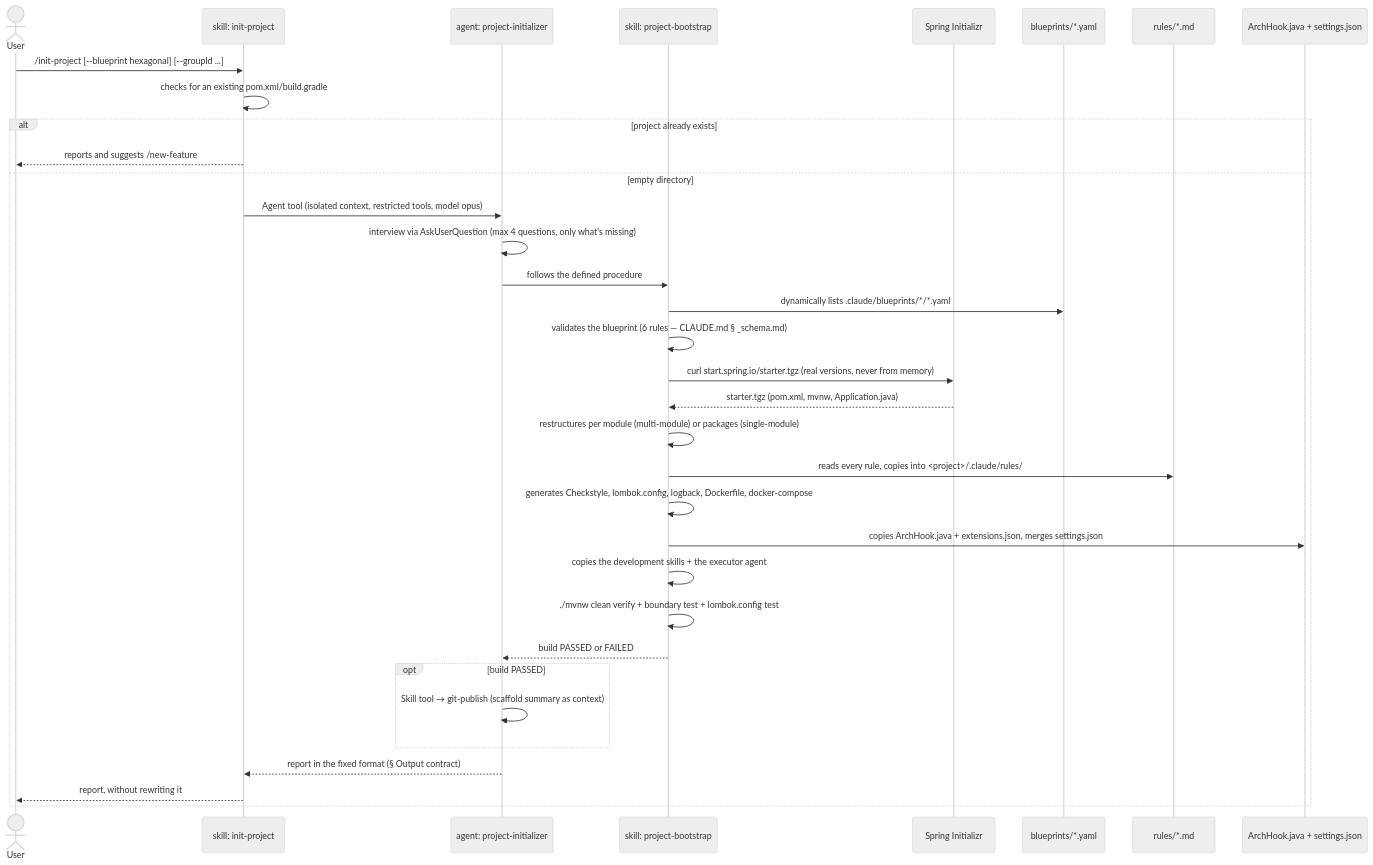
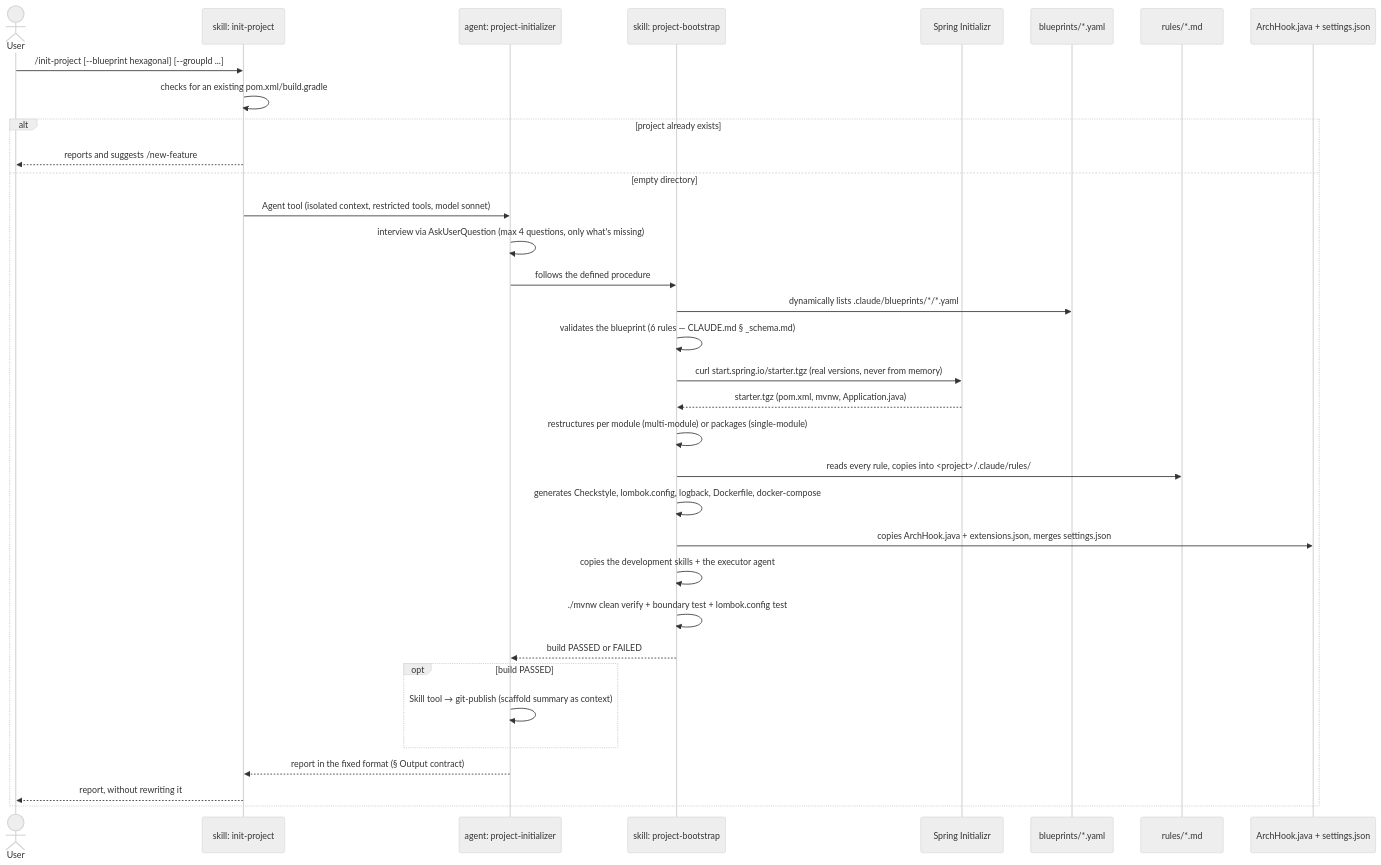
One commit to ice-lfernandes/claude-spring-architect changed the diagram in docs/en/02-init-project.md. Above: the diagram before and after it, drawn with Mermaid (neutral theme). The commit also changed other lines of this file and 118 other files, not shown here.

````diff
--- a/docs/en/02-init-project.md
+++ b/docs/en/02-init-project.md
@@ -33,37 +33,37 @@
 ```mermaid
 sequenceDiagram
     actor U as User
     participant CMD as skill: init-project
     participant AG as agent: project-initializer
     participant BOOT as skill: project-bootstrap
     participant INIT as Spring Initializr
     participant BP as blueprints/*.yaml
     participant RULES as rules/*.md
     participant HOOK as ArchHook.java + settings.json
 
     U->>CMD: /init-project [--blueprint hexagonal] [--groupId ...]
     CMD->>CMD: checks for an existing pom.xml/build.gradle
     alt project already exists
         CMD-->>U: reports and suggests /new-feature
     else empty directory
-        CMD->>AG: Agent tool (isolated context, restricted tools, model opus)
+        CMD->>AG: Agent tool (isolated context, restricted tools, model sonnet)
         AG->>AG: interview via AskUserQuestion (max 4 questions, only what's missing)
         AG->>BOOT: follows the defined procedure
         BOOT->>BP: dynamically lists .claude/blueprints/*/*.yaml
         BOOT->>BOOT: validates the blueprint (6 rules — CLAUDE.md § _schema.md)
         BOOT->>INIT: curl start.spring.io/starter.tgz (real versions, never from memory)
         INIT-->>BOOT: starter.tgz (pom.xml, mvnw, Application.java)
         BOOT->>BOOT: restructures per module (multi-module) or packages (single-module)
         BOOT->>RULES: reads every rule, copies into <project>/.claude/rules/
         BOOT->>BOOT: generates Checkstyle, lombok.config, logback, Dockerfile, docker-compose
         BOOT->>HOOK: copies ArchHook.java + extensions.json, merges settings.json
         BOOT->>BOOT: copies the development skills + the executor agent
         BOOT->>BOOT: ./mvnw clean verify + boundary test + lombok.config test
         BOOT-->>AG: build PASSED or FAILED
         opt build PASSED
             AG->>AG: Skill tool → git-publish (scaffold summary as context)
         end
         AG-->>CMD: report in the fixed format (§ Output contract)
         CMD-->>U: report, without rewriting it
     end
 ```
````
